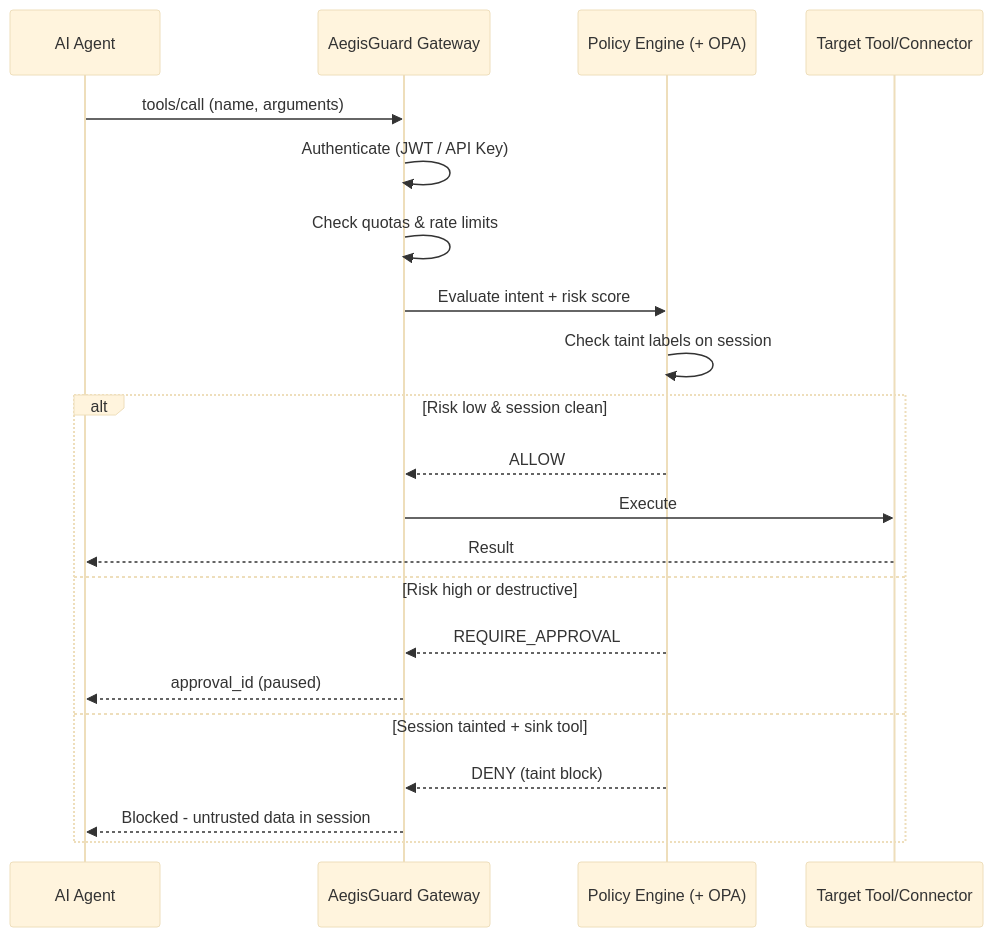
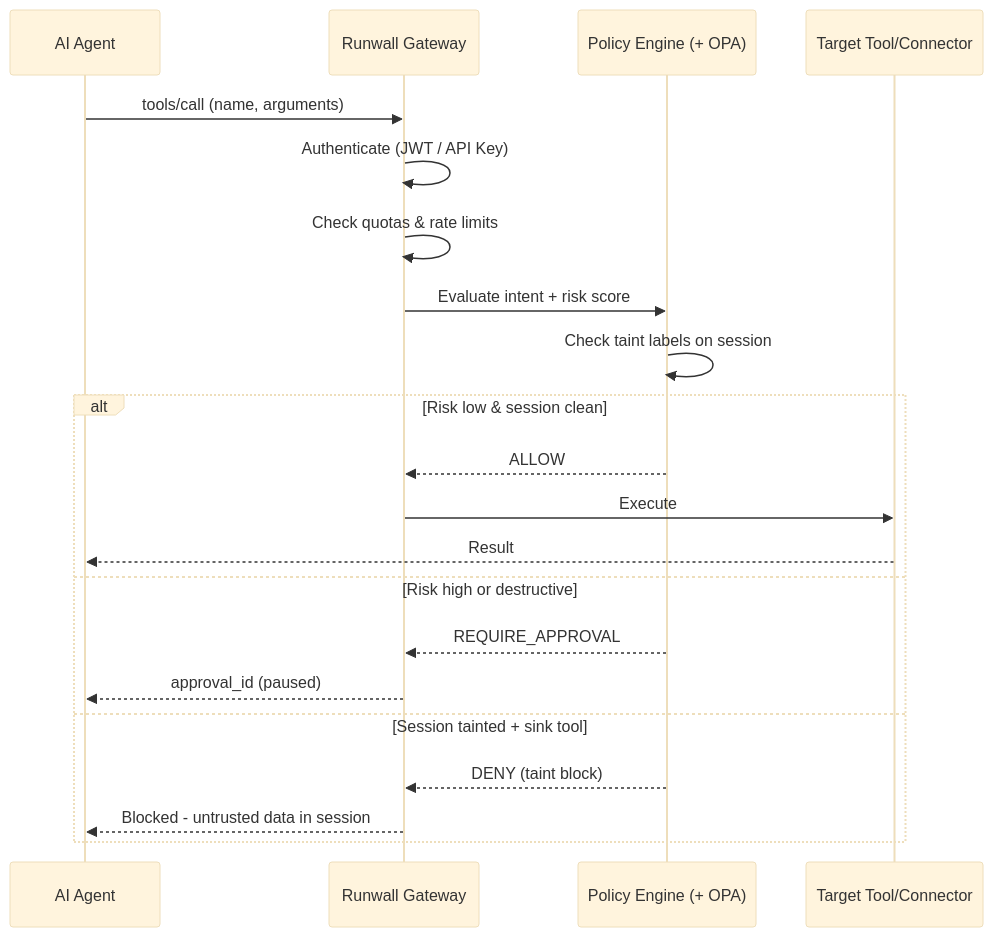
One commit to dushyantzz/Runwall changed the second of 6 diagrams in README.md. Above: the diagram before and after it, drawn with Mermaid (base theme). The commit also changed other lines of this file, not shown here.

Commit message:
chore: rename project to Runwall throughout README

````diff
--- a/README.md
+++ b/README.md
@@ -180,24 +180,24 @@
 ```mermaid
 sequenceDiagram
     participant Agent as AI Agent
-    participant Aegis as AegisGuard Gateway
+    participant Aegis as Runwall Gateway
     participant Policy as Policy Engine (+ OPA)
     participant Tool as Target Tool/Connector
 
     Agent->>Aegis: tools/call (name, arguments)
     Aegis->>Aegis: Authenticate (JWT / API Key)
     Aegis->>Aegis: Check quotas & rate limits
     Aegis->>Policy: Evaluate intent + risk score
     Policy->>Policy: Check taint labels on session
     alt Risk low & session clean
         Policy-->>Aegis: ALLOW
         Aegis->>Tool: Execute
         Tool-->>Agent: Result
     else Risk high or destructive
         Policy-->>Aegis: REQUIRE_APPROVAL
         Aegis-->>Agent: approval_id (paused)
     else Session tainted + sink tool
         Policy-->>Aegis: DENY (taint block)
         Aegis-->>Agent: Blocked - untrusted data in session
     end
 ```
````
